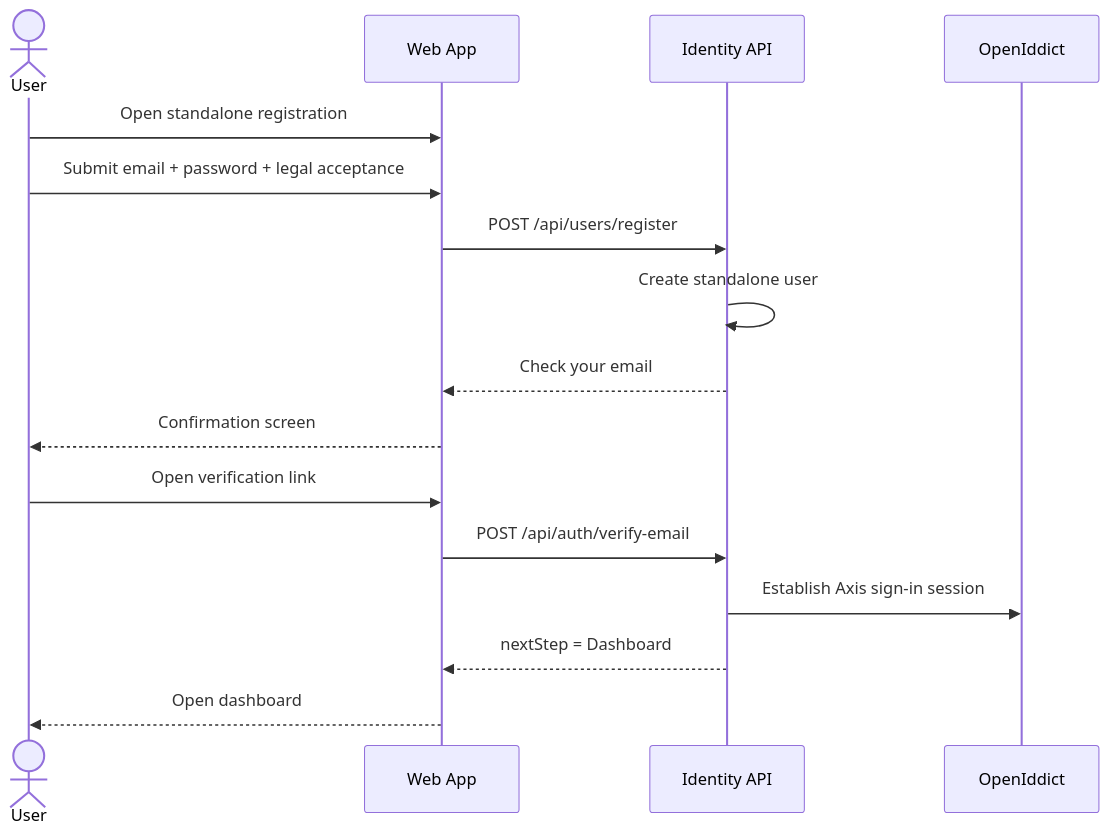
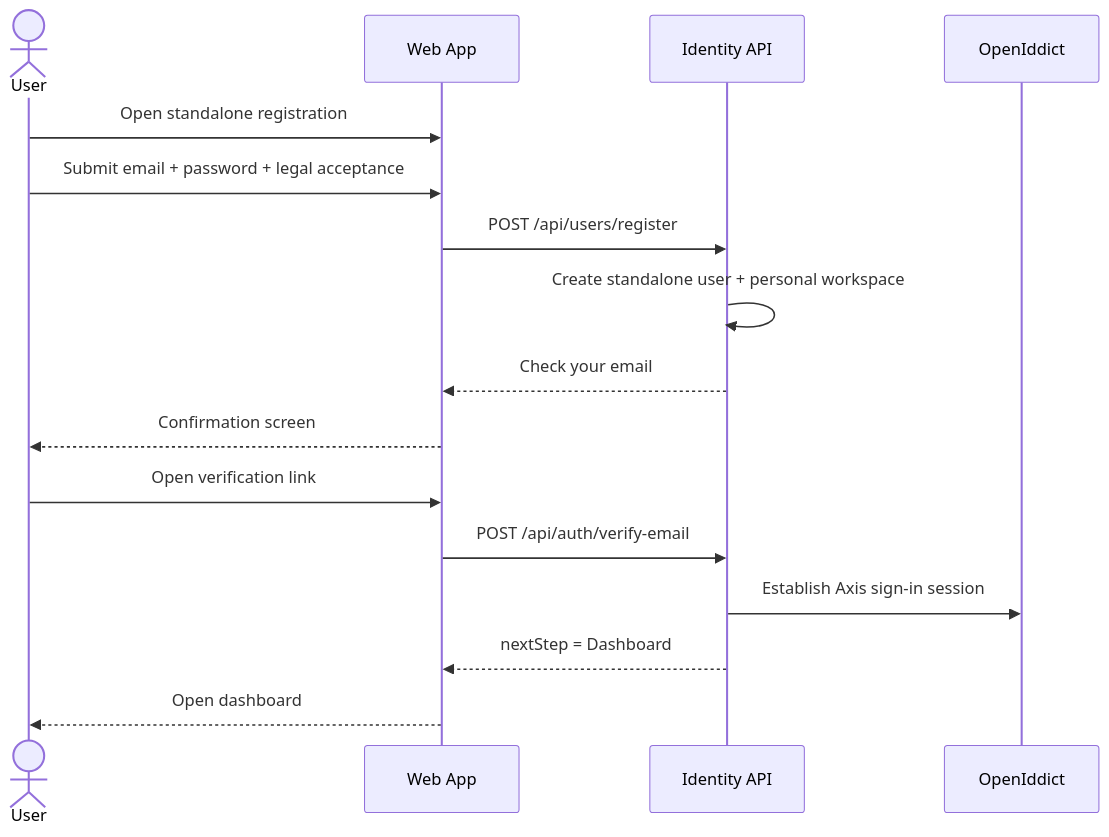
One commit to phuongnse/axis changed the diagram in docs/use-cases/identity-access/register-user/README.md. Above: the diagram before and after it, drawn with Mermaid. The commit also changed other lines of this file and 3 other files, not shown here.

````diff
--- a/docs/use-cases/identity-access/register-user/README.md
+++ b/docs/use-cases/identity-access/register-user/README.md
@@ -83,19 +83,19 @@
 ```mermaid
 sequenceDiagram
   actor User
   participant Web as Web App
   participant API as Identity API
   participant OIDC as OpenIddict
 
   User->>Web: Open standalone registration
   User->>Web: Submit email + password + legal acceptance
   Web->>API: POST /api/users/register
-  API->>API: Create standalone user
+  API->>API: Create standalone user + personal workspace
   API-->>Web: Check your email
   Web-->>User: Confirmation screen
   User->>Web: Open verification link
   Web->>API: POST /api/auth/verify-email
   API->>OIDC: Establish Axis sign-in session
   API-->>Web: nextStep = Dashboard
   Web-->>User: Open dashboard
 ```
````
